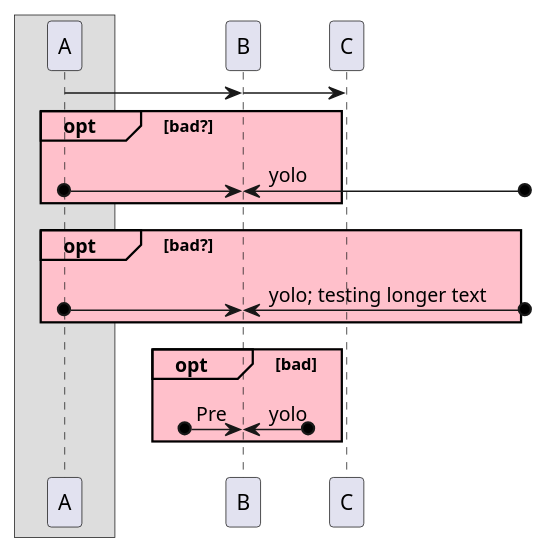
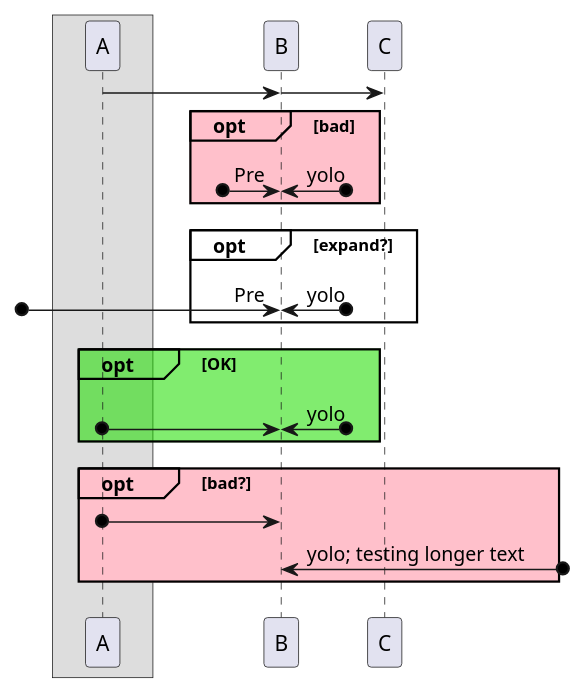
One commit to jimnelson372/plantuml_fork changed the third of 3 diagrams in testteozgroup.puml. Above: the diagram before and after it, drawn with PlantUML. The commit also changed other lines of this file and 14 other files, not shown here.

```diff
--- a/testteozgroup.puml
+++ b/testteozgroup.puml
@@ -32,25 +72,31 @@
 @startuml
 !pragma teoz true
 skinparam ParticipantPadding 18
 skinparam BoxPadding 20
 box
 participant A
 end box
   A -> B
 & B -> C
-opt#transparent #pink bad?
-  A o-> B
-& B <-o] : yolo
-'& C -[hidden]> C /' enlarge opt box '/
-end
-opt#transparent #pink bad?
-  A o-> B
-& B <-o] : yolo; testing longer text
-'& C -[hidden]> C /' enlarge opt box '/
-end
 opt#transparent #pink bad /'in teoz'/
 ?o-> B : Pre
 & B <-o? : yolo
 '& C -[hidden]> C /' enlarge opt box '/
 end
+opt#transparent expand?
+[o-> B : Pre
+& B <-o? : yolo
+'& C -[hidden]> C /' enlarge opt box '/
+'& C -[hidden]> B
+end
+opt#transparent #20DD0090 OK
+  A o-> B
+& B <-o? : yolo
+'& C -[hidden]> C /' enlarge opt box '/
+end
+opt#transparent #pink bad?
+  A o-> B
+ B <-o] : yolo; testing longer text
+'& C -[hidden]> C /' enlarge opt box '/
+end
 @enduml
```
